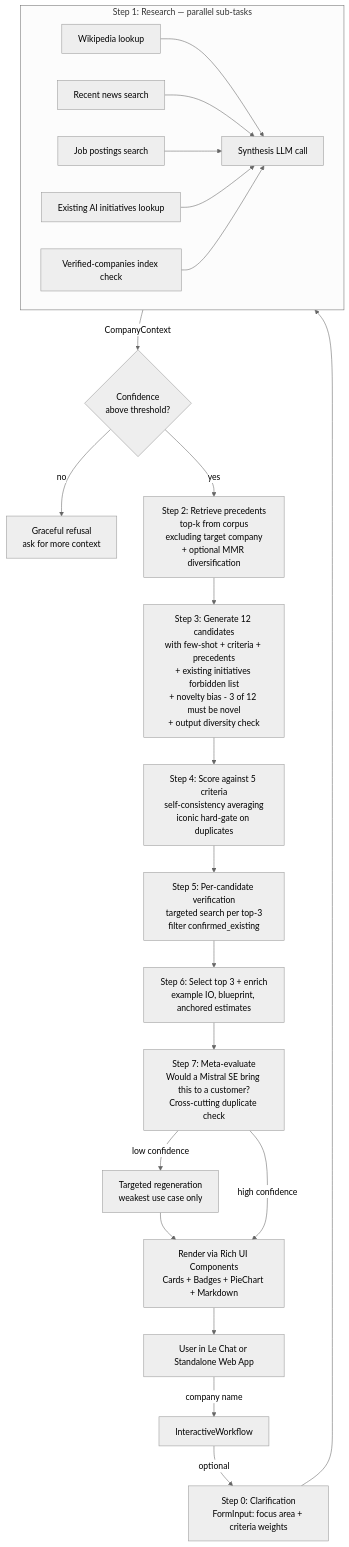
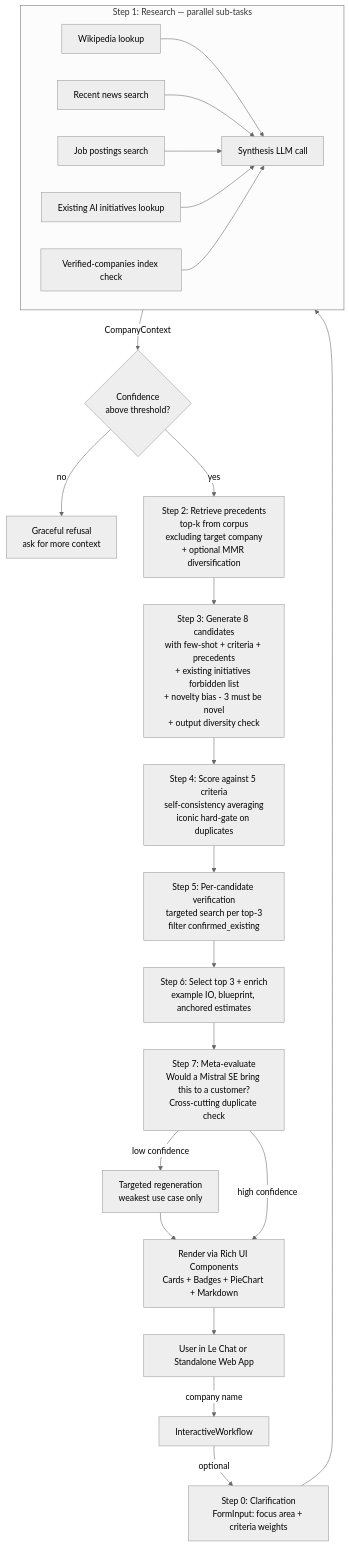
One commit to alidor4702/genai-usecase-generator changed the diagram in docs/architecture.md. Above: the diagram before and after it, drawn with Mermaid (neutral theme). The commit also changed other lines of this file and 16 other files, not shown here.

````diff
--- a/docs/architecture.md
+++ b/docs/architecture.md
@@ -5,50 +5,50 @@
 ```mermaid
 flowchart TD
     User[User in Le Chat or Standalone Web App]
     User -->|"company name"| WF[InteractiveWorkflow]
 
     WF -->|"optional"| Clarify[Step 0: Clarification<br/>FormInput: focus area + criteria weights]
     Clarify --> Research
 
     subgraph Research [Step 1: Research — parallel sub-tasks]
         direction LR
         Wiki[Wikipedia lookup]
         News[Recent news search]
         Jobs[Job postings search]
         Existing[Existing AI initiatives lookup]
         Verify[Verified-companies index check]
         Synth[Synthesis LLM call]
         Wiki --> Synth
         News --> Synth
         Jobs --> Synth
         Existing --> Synth
         Verify --> Synth
     end
 
     Research -->|CompanyContext| Gate{Confidence<br/>above threshold?}
     Gate -->|no| Refuse[Graceful refusal<br/>ask for more context]
     Gate -->|yes| Retrieve
 
     Retrieve[Step 2: Retrieve precedents<br/>top-k from corpus<br/>excluding target company<br/>+ optional MMR diversification]
     Retrieve --> Generate
 
-    Generate[Step 3: Generate 12 candidates<br/>with few-shot + criteria + precedents<br/>+ existing initiatives forbidden list<br/>+ novelty bias - 3 of 12 must be novel<br/>+ output diversity check]
+    Generate[Step 3: Generate 8 candidates<br/>with few-shot + criteria + precedents<br/>+ existing initiatives forbidden list<br/>+ novelty bias - 3 must be novel<br/>+ output diversity check]
     Generate --> Score
 
     Score[Step 4: Score against 5 criteria<br/>self-consistency averaging<br/>iconic hard-gate on duplicates]
     Score --> PerCand
 
     PerCand[Step 5: Per-candidate verification<br/>targeted search per top-3<br/>filter confirmed_existing]
     PerCand --> Select
 
     Select[Step 6: Select top 3 + enrich<br/>example IO, blueprint, anchored estimates]
     Select --> Meta
 
     Meta[Step 7: Meta-evaluate<br/>Would a Mistral SE bring this to a customer?<br/>Cross-cutting duplicate check]
     Meta -->|low confidence| Regen[Targeted regeneration<br/>weakest use case only]
     Regen --> Render
     Meta -->|high confidence| Render
 
     Render[Render via Rich UI Components<br/>Cards + Badges + PieChart + Markdown]
     Render --> User
 ```
````
